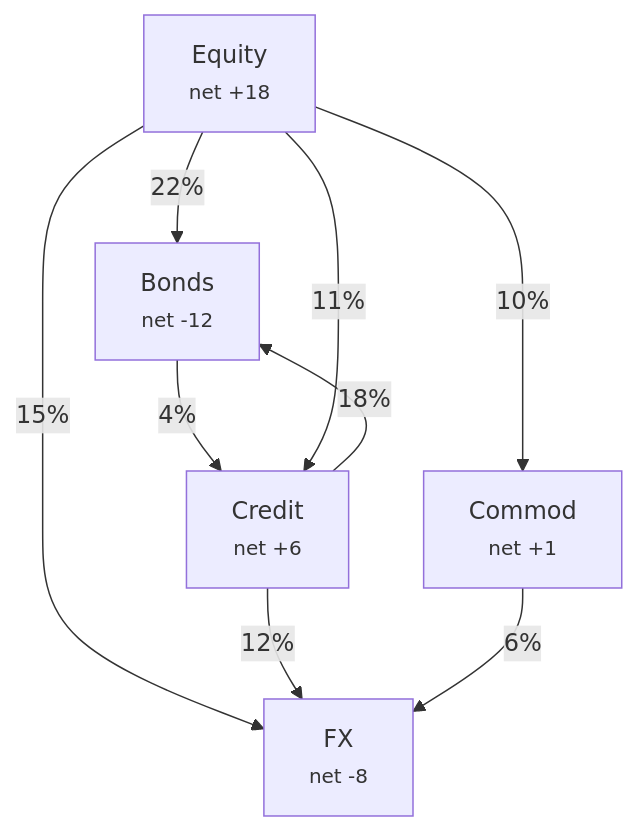
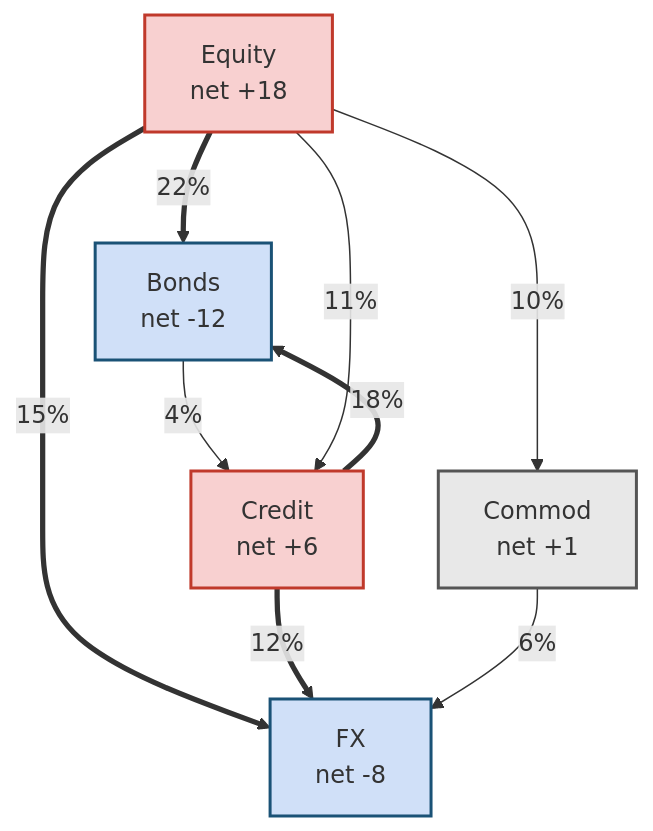
One commit to xRyann2255/ML-GS changed the first of 3 diagrams in vol-learning-guide/markdown/ch15-spillovers-connectedness.md. Above: the diagram before and after it, drawn with Mermaid. The commit also changed other lines of this file and 10 other files, not shown here.

Commit message:
docs(vol-guide): regenerate markdown mirrors after diagram audit (ch10 taxonomy + ch03 decision-tree semantic; 9 re-layout refreshes)

````diff
--- a/vol-learning-guide/markdown/ch15-spillovers-connectedness.md
+++ b/vol-learning-guide/markdown/ch15-spillovers-connectedness.md
@@ -187,17 +153,24 @@
 ```mermaid
-graph TD
-    EQ["Equity<br/><small>net +18</small>"]
-    FI["Bonds<br/><small>net -12</small>"]
-    FX["FX<br/><small>net -8</small>"]
-    CO["Commod<br/><small>net +1</small>"]
-    CR["Credit<br/><small>net +6</small>"]
+flowchart TD
+    EQ["Equity<br/>net +18"]
+    CR["Credit<br/>net +6"]
+    CO["Commod<br/>net +1"]
+    FI["Bonds<br/>net -12"]
+    FX["FX<br/>net -8"]
 
-    EQ -->|"22%"| FI
-    EQ -->|"15%"| FX
-    CR -->|"18%"| FI
+    EQ ==>|"22%"| FI
+    EQ ==>|"15%"| FX
+    CR ==>|"18%"| FI
     EQ -->|"10%"| CO
-    CR -->|"12%"| FX
+    CR ==>|"12%"| FX
     CO -->|"6%"| FX
     FI -->|"4%"| CR
     EQ -->|"11%"| CR
+
+    classDef transmitter fill:#f8d0d0,stroke:#c0392b,stroke-width:2px;
+    classDef receiver fill:#d0e0f8,stroke:#1a5276,stroke-width:2px;
+    classDef neutral fill:#e8e8e8,stroke:#555,stroke-width:2px;
+    class EQ,CR transmitter;
+    class FI,FX receiver;
+    class CO neutral;
 ```
````
